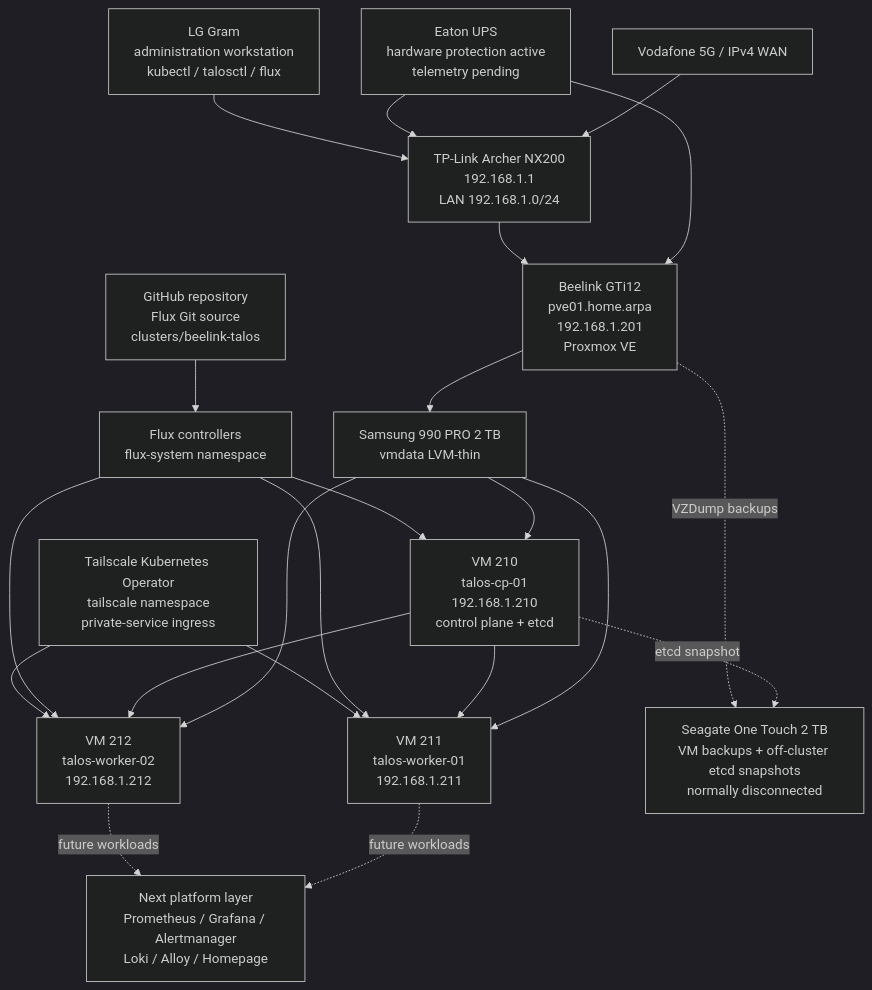
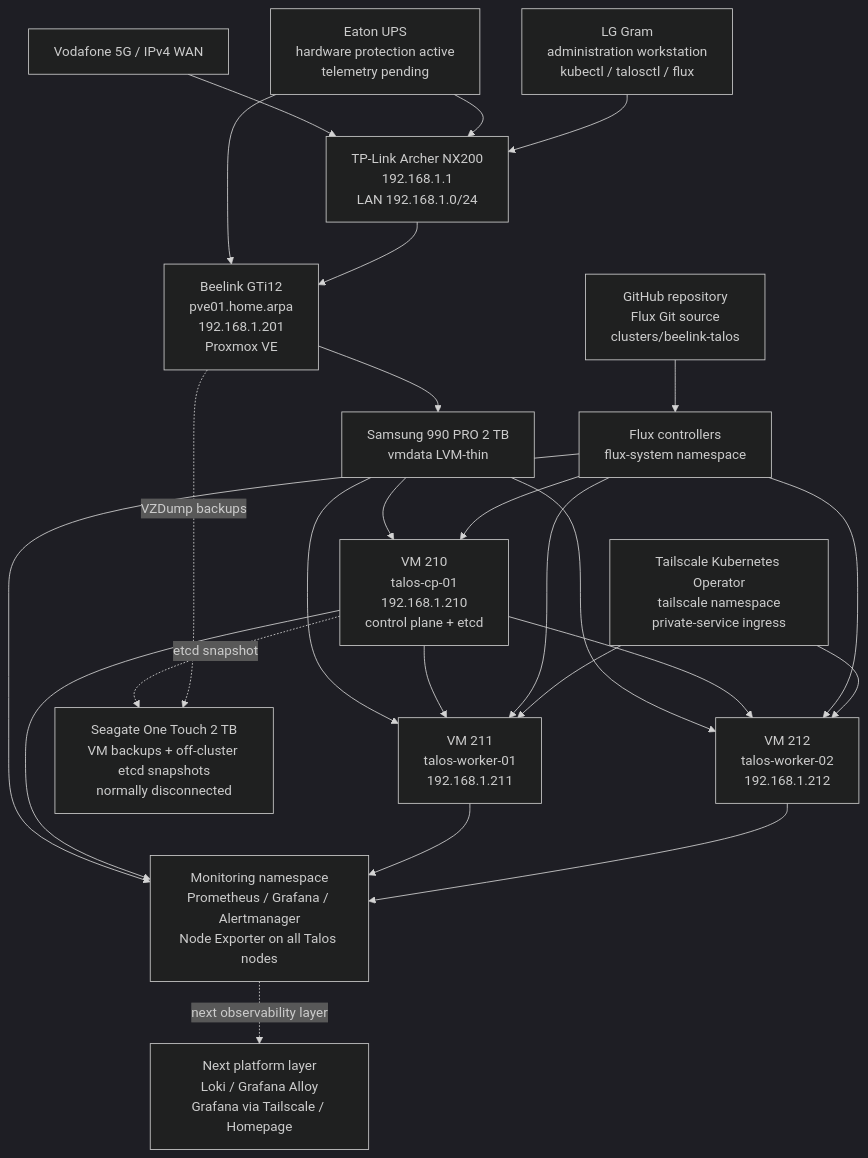
The diagram in README.md (dgsuma/dgs-private-cloud), drawn with Mermaid (dark theme) before and after one commit. The commit also changed other lines of this file and 6 other files, not shown here.

Commit message:
docs(observability): record Prometheus Grafana Alertmanager baseline

````diff
--- a/README.md
+++ b/README.md
@@ -94,39 +104,43 @@
 ```mermaid
 flowchart TB
     Internet["Vodafone 5G / IPv4 WAN"]
     UPS["Eaton UPS<br/>hardware protection active<br/>telemetry pending"]
     Router["TP-Link Archer NX200<br/>192.168.1.1<br/>LAN 192.168.1.0/24"]
     Admin["LG Gram<br/>administration workstation<br/>kubectl / talosctl / flux"]
     PVE["Beelink GTi12<br/>pve01.home.arpa<br/>192.168.1.201<br/>Proxmox VE"]
     Storage["Samsung 990 PRO 2 TB<br/>vmdata LVM-thin"]
     CP["VM 210<br/>talos-cp-01<br/>192.168.1.210<br/>control plane + etcd"]
     W1["VM 211<br/>talos-worker-01<br/>192.168.1.211"]
     W2["VM 212<br/>talos-worker-02<br/>192.168.1.212"]
     Git["GitHub repository<br/>Flux Git source<br/>clusters/beelink-talos"]
     Flux["Flux controllers<br/>flux-system namespace"]
     TS["Tailscale Kubernetes Operator<br/>tailscale namespace<br/>private-service ingress"]
     Backup["Seagate One Touch 2 TB<br/>VM backups + off-cluster etcd snapshots<br/>normally disconnected"]
-    Next["Next platform layer<br/>Prometheus / Grafana / Alertmanager<br/>Loki / Alloy / Homepage"]
+    Mon["Monitoring namespace<br/>Prometheus / Grafana / Alertmanager<br/>Node Exporter on all Talos nodes"]
+    Next["Next platform layer<br/>Loki / Grafana Alloy<br/>Grafana via Tailscale / Homepage"]
 
     Internet --> Router
     UPS --> Router
     UPS --> PVE
     Admin --> Router
     Router --> PVE
     PVE --> Storage
     Storage --> CP
     Storage --> W1
     Storage --> W2
     CP --> W1
     CP --> W2
     Git --> Flux
     Flux --> CP
     Flux --> W1
     Flux --> W2
+    Flux --> Mon
+    CP --> Mon
+    W1 --> Mon
+    W2 --> Mon
+    Mon -. next observability layer .-> Next
     TS --> W1
     TS --> W2
     CP -. etcd snapshot .-> Backup
     PVE -. VZDump backups .-> Backup
-    W1 -. future workloads .-> Next
-    W2 -. future workloads .-> Next
 ```
````
